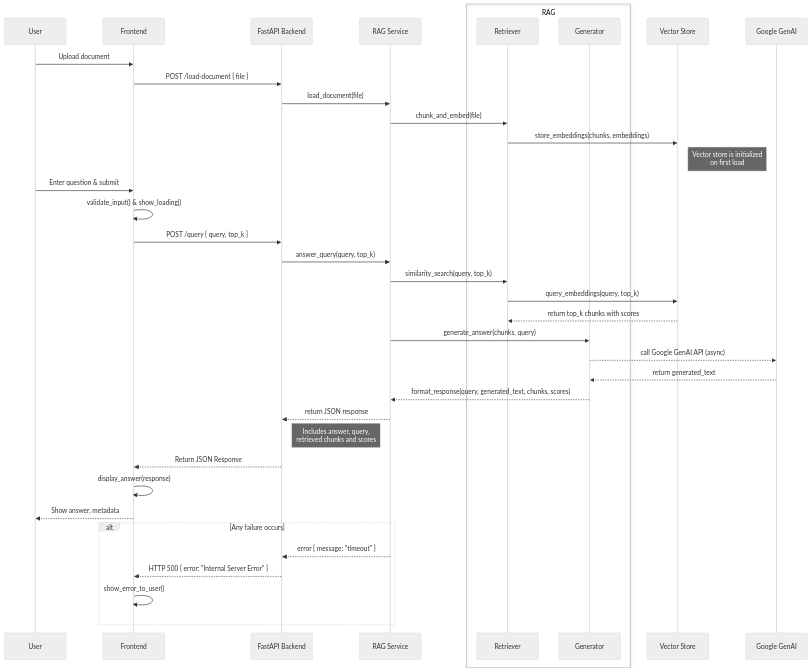
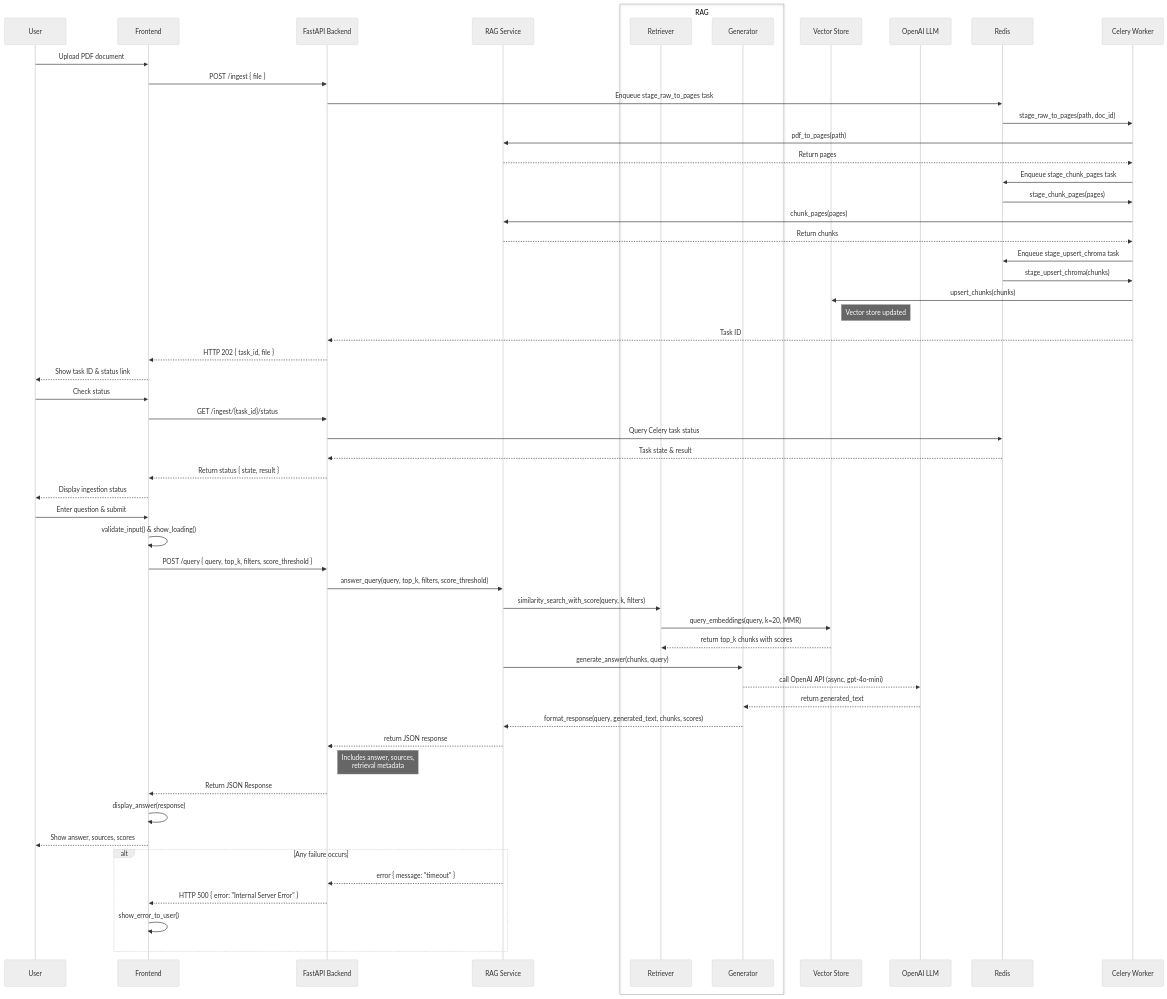
Before and after one commit to bubletofu/rag: the second of 2 diagrams in README.md, drawn with Mermaid (neutral theme). The commit also changed other lines of this file, not shown here.

Commit message:
update System Architecture graph

````diff
--- a/README.md
+++ b/README.md
@@ -57,51 +58,67 @@
 ```mermaid
 sequenceDiagram
     participant U as User
     participant FE as Frontend
     participant API as FastAPI Backend
     participant RAG as RAG Service
     box RAG
         participant RET as Retriever
         participant GEN as Generator
     end
     participant VS as Vector Store
-    participant LLM as Google GenAI
+    participant LLM as OpenAI LLM
+    participant MQ as Redis
+    participant CW as Celery Worker
 
-    %% --- Document Loading Phase ---
-    U->>FE: Upload document
-    FE->>API: POST /load-document { file }
-    API->>RAG: load_document(file)
-    RAG->>RET: chunk_and_embed(file)
-    RET->>VS: store_embeddings(chunks, embeddings)
-    note right of VS: Vector store is initialized<br/>on first load
+    %% --- Document Ingestion Phase ---
+    U->>FE: Upload PDF document
+    FE->>API: POST /ingest { file }
+    API->>MQ: Enqueue stage_raw_to_pages task
+    MQ->>CW: stage_raw_to_pages(path, doc_id)
+    CW->>RAG: pdf_to_pages(path)
+    RAG-->>CW: Return pages
+    CW->>MQ: Enqueue stage_chunk_pages task
+    MQ->>CW: stage_chunk_pages(pages)
+    CW->>RAG: chunk_pages(pages)
+    RAG-->>CW: Return chunks
+    CW->>MQ: Enqueue stage_upsert_chroma task
+    MQ->>CW: stage_upsert_chroma(chunks)
+    CW->>VS: upsert_chunks(chunks)
+    note right of VS: Vector store updated
+    CW-->>API: Task ID
+    API-->>FE: HTTP 202 { task_id, file }
+    FE-->>U: Show task ID & status link
+
+    %% --- Poll Ingestion Status ---
+    U->>FE: Check status
+    FE->>API: GET /ingest/{task_id}/status
+    API->>MQ: Query Celery task status
+    MQ-->>API: Task state & result
+    API-->>FE: Return status { state, result }
+    FE-->>U: Display ingestion status
 
     %% --- Document Query Phase ---
     U->>FE: Enter question & submit
     FE->>FE: validate_input() & show_loading()
-    FE->>API: POST /query { query, top_k }
-
-    API->>RAG: answer_query(query, top_k)
-    RAG->>RET: similarity_search(query, top_k)
-    RET->>VS: query_embeddings(query, top_k)
+    FE->>API: POST /query { query, top_k, filters, score_threshold }
+    API->>RAG: answer_query(query, top_k, filters, score_threshold)
+    RAG->>RET: similarity_search_with_score(query, k, filters)
+    RET->>VS: query_embeddings(query, k=20, MMR)
     VS-->>RET: return top_k chunks with scores
-
     RAG->>GEN: generate_answer(chunks, query)
-    GEN-->>LLM: call Google GenAI API (async)
+    GEN-->>LLM: call OpenAI API (async, gpt-4o-mini)
     LLM-->>GEN: return generated_text
-
     GEN-->>RAG: format_response(query, generated_text, chunks, scores)
     RAG-->>API: return JSON response
-    note right of API: Includes answer, query,<br/>retrieved chunks and scores
-
+    note right of API: Includes answer, sources,<br/>retrieval metadata
     API-->>FE: Return JSON Response
     FE->>FE: display_answer(response)
-
-    FE-->>U: Show answer, metadata
+    FE-->>U: Show answer, sources, scores
 
     %% --- Error Handling Path ---
     alt Any failure occurs
         RAG-->>API: error { message: "timeout" }
         API-->>FE: HTTP 500 { error: "Internal Server Error" }
         FE->>FE: show_error_to_user()
     end
 ```
````
